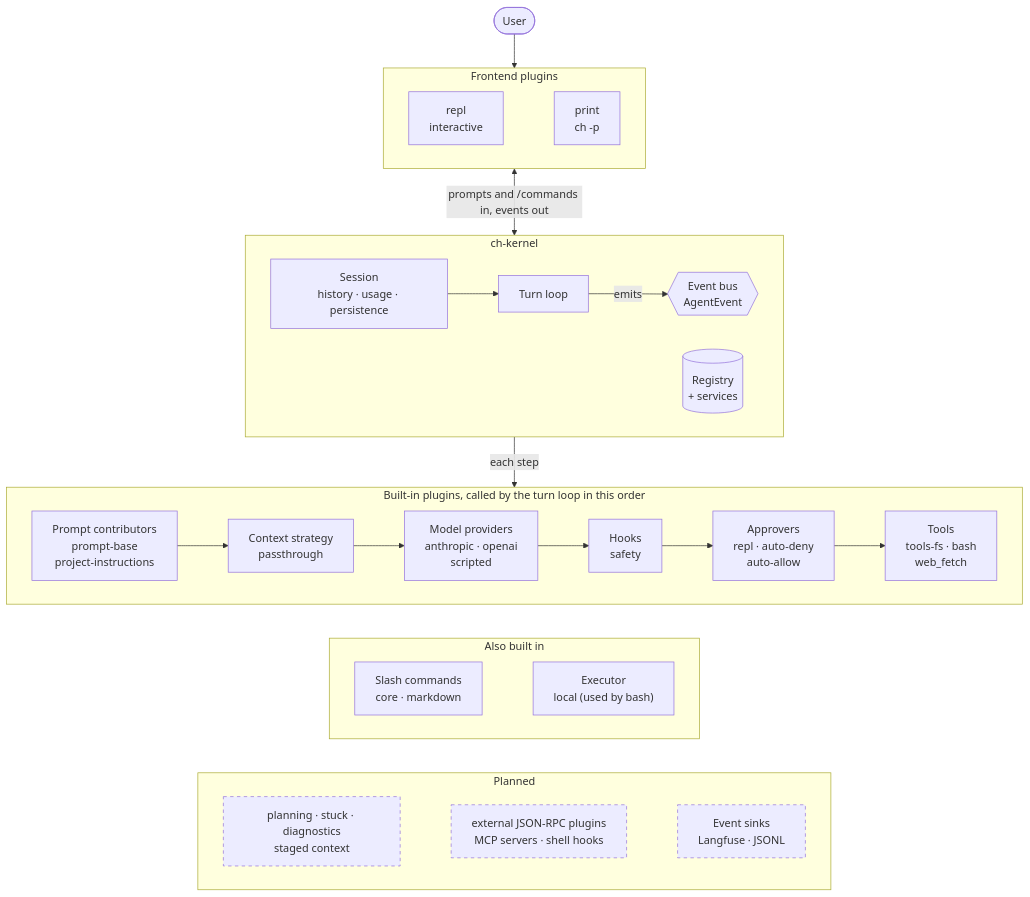
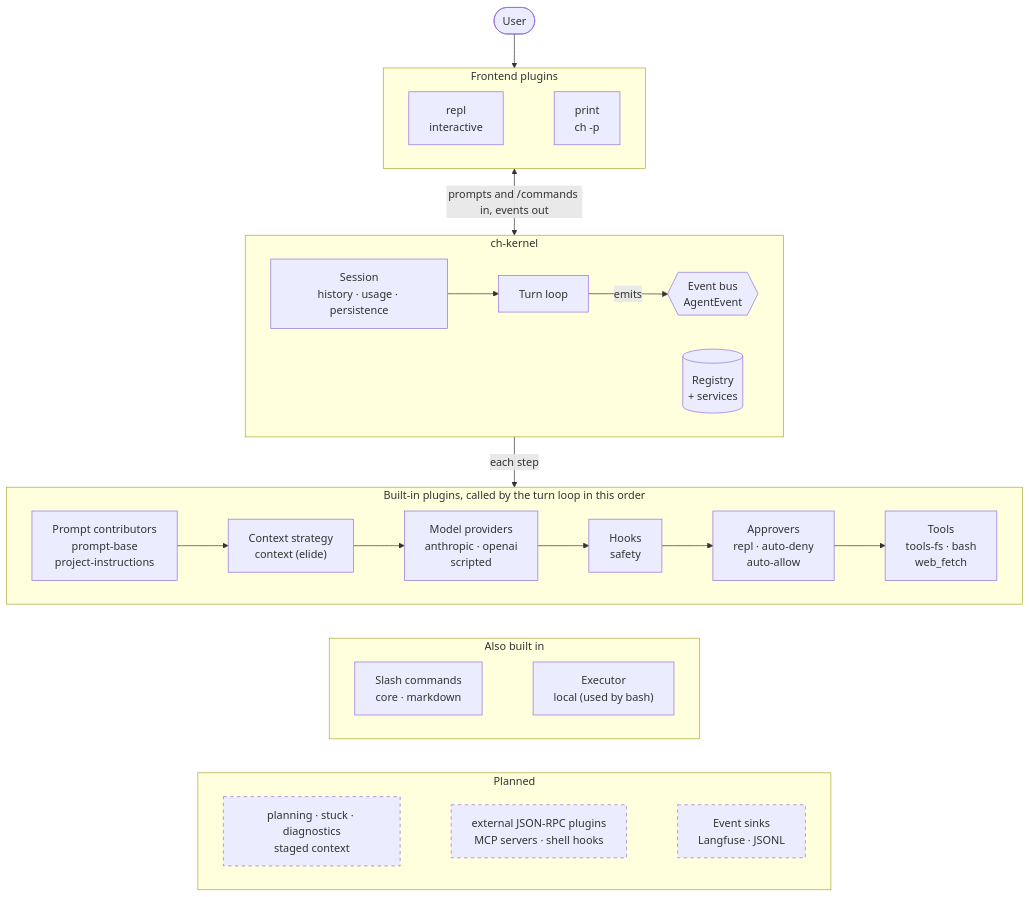
One commit to SuperMohit/ch changed the diagram in README.md. Above: the diagram before and after it, drawn with Mermaid. The commit also changed other lines of this file and 28 other files, not shown here.

````diff
--- a/README.md
+++ b/README.md
@@ -176,39 +197,39 @@
 ```mermaid
 flowchart TB
     user(["User"]) --> FE
 
     subgraph FE["Frontend plugins"]
         direction LR
         repl["repl<br/>interactive"] ~~~ print["print<br/>ch -p"]
     end
 
     subgraph K["ch-kernel"]
         direction LR
         session["Session<br/>history · usage · persistence"] --> turn["Turn loop"] -->|emits| bus{{"Event bus<br/>AgentEvent"}}
         reg[("Registry<br/>+ services")]
     end
 
     FE <-->|"prompts and /commands in, events out"| K
 
     subgraph PL["Built-in plugins, called by the turn loop in this order"]
         direction LR
-        prompts["Prompt contributors<br/>prompt-base<br/>project-instructions"] --> ctx["Context strategy<br/>passthrough"] --> prov["Model providers<br/>anthropic · openai<br/>scripted"] --> hooks["Hooks<br/>safety"] --> appr["Approvers<br/>repl · auto-deny<br/>auto-allow"] --> tools["Tools<br/>tools-fs · bash<br/>web_fetch"]
+        prompts["Prompt contributors<br/>prompt-base<br/>project-instructions"] --> ctx["Context strategy<br/>context (elide)"] --> prov["Model providers<br/>anthropic · openai<br/>scripted"] --> hooks["Hooks<br/>safety"] --> appr["Approvers<br/>repl · auto-deny<br/>auto-allow"] --> tools["Tools<br/>tools-fs · bash<br/>web_fetch"]
     end
 
     subgraph OTHER["Also built in"]
         direction LR
         cmds["Slash commands<br/>core · markdown"] ~~~ exec["Executor<br/>local (used by bash)"]
     end
 
     subgraph NEXT["Planned"]
         direction LR
         harness["planning · stuck · diagnostics<br/>staged context"] ~~~ outside["external JSON-RPC plugins<br/>MCP servers · shell hooks"] ~~~ sinks["Event sinks<br/>Langfuse · JSONL"]
     end
 
     K -->|"each step"| PL
     PL ~~~ OTHER
     OTHER ~~~ NEXT
 
     classDef planned stroke-dasharray: 5 5
     class harness,outside,sinks planned
 ```
````
